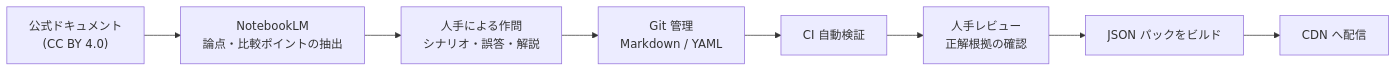
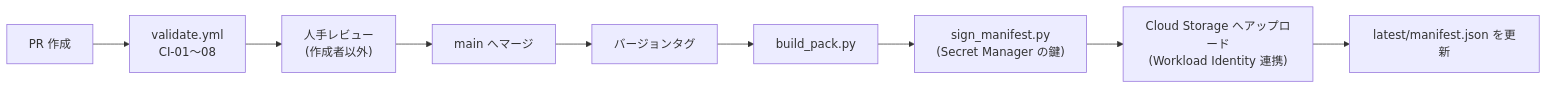
One commit to myoshi2891/Cloudrill changed the eighth of 8 diagrams in Documentation.docc/BDD.md. Above: the diagram before and after it, drawn with Mermaid. The commit also changed other lines of this file and 1 other file, not shown here.

````diff
--- a/Documentation.docc/BDD.md
+++ b/Documentation.docc/BDD.md
@@ -454,10 +834,11 @@
 ```mermaid
 flowchart LR
-    A["公式ドキュメント<br/>(CC BY 4.0)"] --> B["NotebookLM<br/>論点・比較ポイントの抽出"]
-    B --> C["人手による作問<br/>シナリオ・誤答・解説"]
-    C --> D["Git 管理<br/>Markdown / YAML"]
-    D --> E["CI 自動検証"]
-    E --> F["人手レビュー<br/>正解根拠の確認"]
-    F --> G["JSON パックをビルド"]
-    G --> H["CDN へ配信"]
+    PR["PR 作成"] --> V["validate.yml<br/>CI-01〜08"]
+    V --> RV["人手レビュー<br/>(作成者以外)"]
+    RV --> M["main へマージ"]
+    M --> T["バージョンタグ"]
+    T --> B["build_pack.py"]
+    B --> S["sign_manifest.py<br/>(Secret Manager の鍵)"]
+    S --> U["Cloud Storage へアップロード<br/>(Workload Identity 連携)"]
+    U --> L["latest/manifest.json を更新"]
 ```
````
